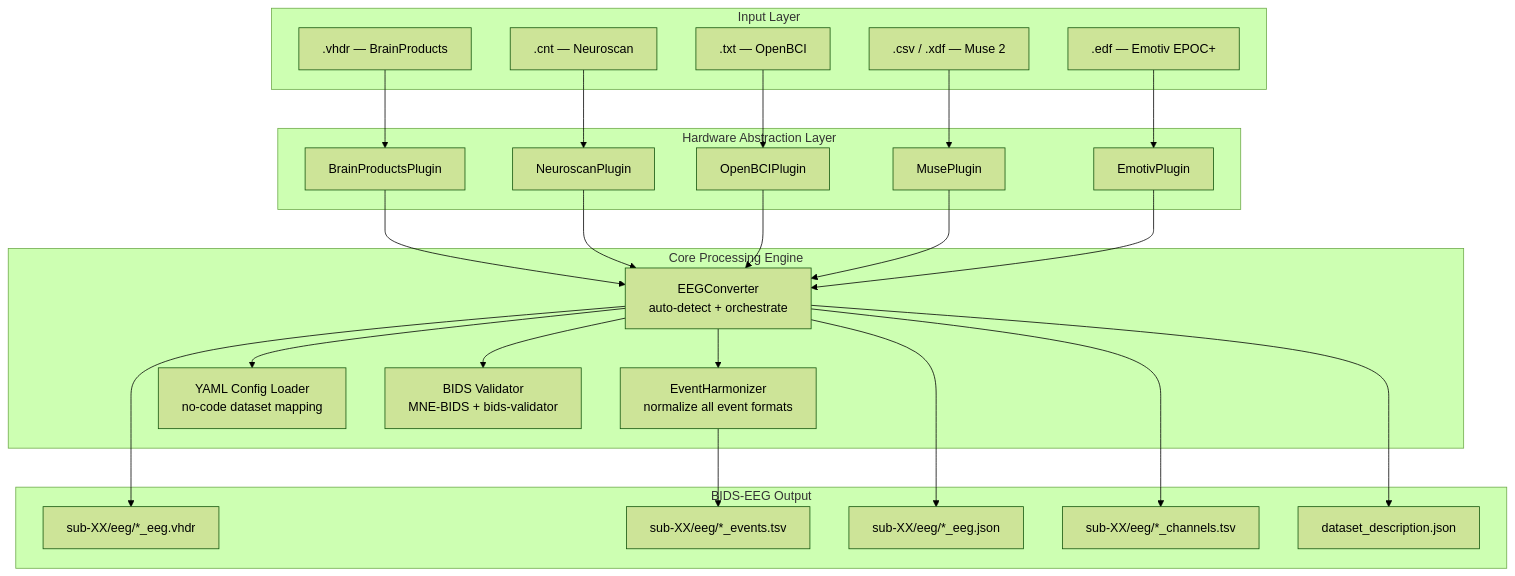
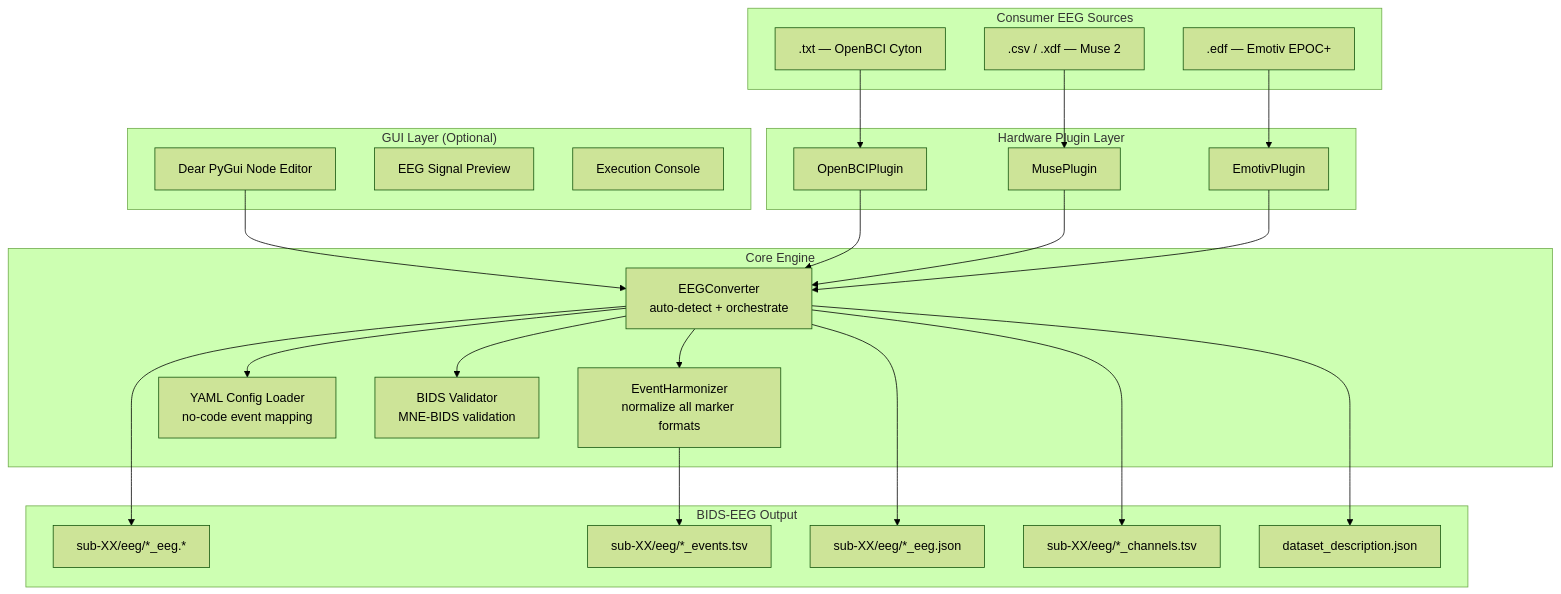
The first of 3 diagrams in README.md (Satpal26/neurobids-flow), drawn with Mermaid (forest theme) before and after one commit. The commit also changed other lines of this file, not shown here.

Commit message:
Update README: passive BCI framing, correct CLI commands, updated examples

````diff
--- a/README.md
+++ b/README.md
@@ -78,43 +81,43 @@
 ```mermaid
 graph TB
-    subgraph INPUT["Input Layer"]
-        A1[".vhdr — BrainProducts"]
-        A2[".cnt — Neuroscan"]
-        A3[".txt — OpenBCI"]
+    subgraph GUI["GUI Layer (Optional)"]
+        G1["Dear PyGui Node Editor"]
+        G2["EEG Signal Preview"]
+        G3["Execution Console"]
+    end
+    subgraph INPUT["Consumer EEG Sources"]
+        A3[".txt — OpenBCI Cyton"]
         A4[".csv / .xdf — Muse 2"]
         A5[".edf — Emotiv EPOC+"]
     end
-    subgraph PLUGINS["Hardware Abstraction Layer"]
-        B1["BrainProductsPlugin"]
-        B2["NeuroscanPlugin"]
+    subgraph PLUGINS["Hardware Plugin Layer"]
         B3["OpenBCIPlugin"]
         B4["MusePlugin"]
         B5["EmotivPlugin"]
     end
-    subgraph CORE["Core Processing Engine"]
+    subgraph CORE["Core Engine"]
         C1["EEGConverter\nauto-detect + orchestrate"]
-        C2["EventHarmonizer\nnormalize all event formats"]
-        C3["YAML Config Loader\nno-code dataset mapping"]
-        C4["BIDS Validator\nMNE-BIDS + bids-validator"]
+        C2["EventHarmonizer\nnormalize all marker formats"]
+        C3["YAML Config Loader\nno-code event mapping"]
+        C4["BIDS Validator\nMNE-BIDS validation"]
     end
     subgraph OUTPUT["BIDS-EEG Output"]
-        D1["sub-XX/eeg/*_eeg.vhdr"]
+        D1["sub-XX/eeg/*_eeg.*"]
         D2["sub-XX/eeg/*_events.tsv"]
         D3["sub-XX/eeg/*_eeg.json"]
         D4["sub-XX/eeg/*_channels.tsv"]
         D5["dataset_description.json"]
     end
-    A1 --> B1
-    A2 --> B2
+    G1 --> C1
     A3 --> B3
     A4 --> B4
     A5 --> B5
-    B1 & B2 & B3 & B4 & B5 --> C1
+    B3 & B4 & B5 --> C1
     C1 --> C2 --> D2
     C1 --> C3
     C1 --> C4
     C1 --> D1
     C1 --> D3
     C1 --> D4
     C1 --> D5
 ```
````
